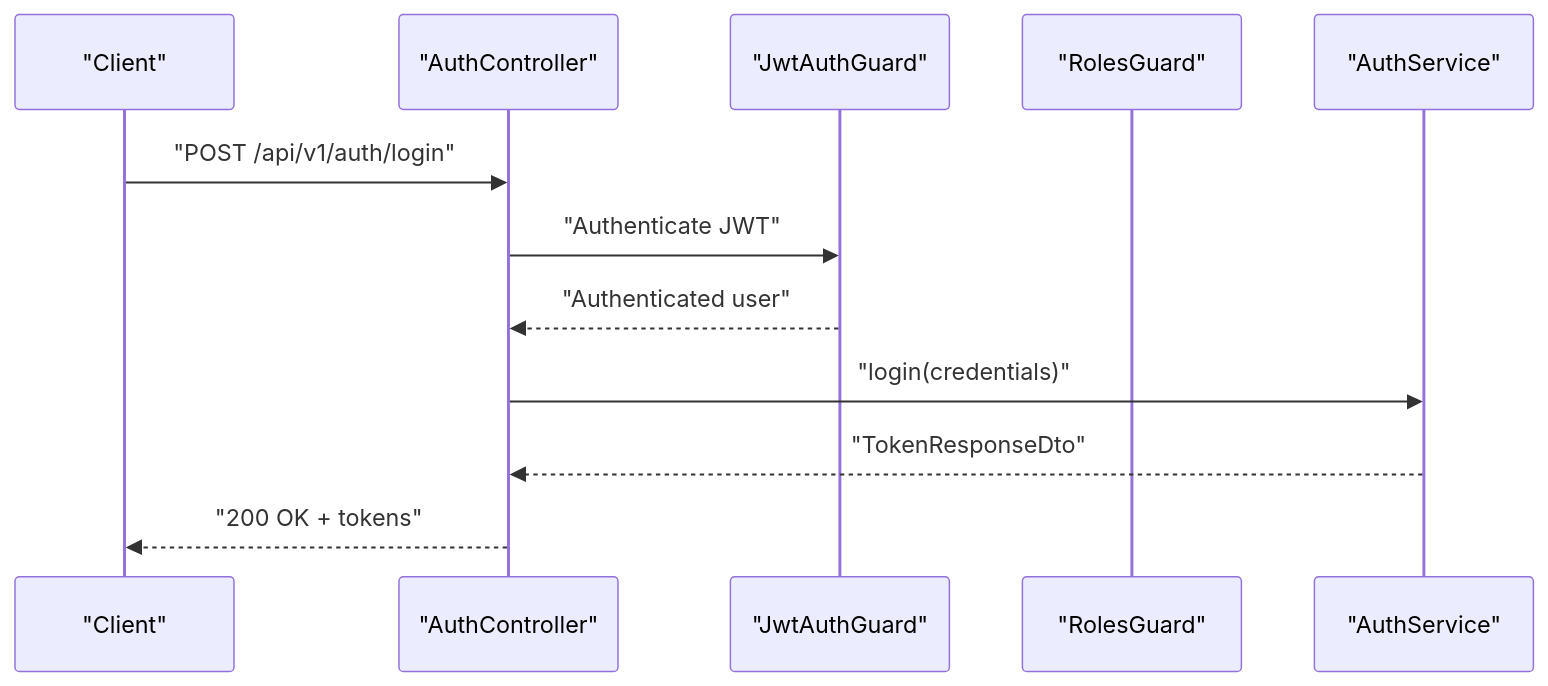
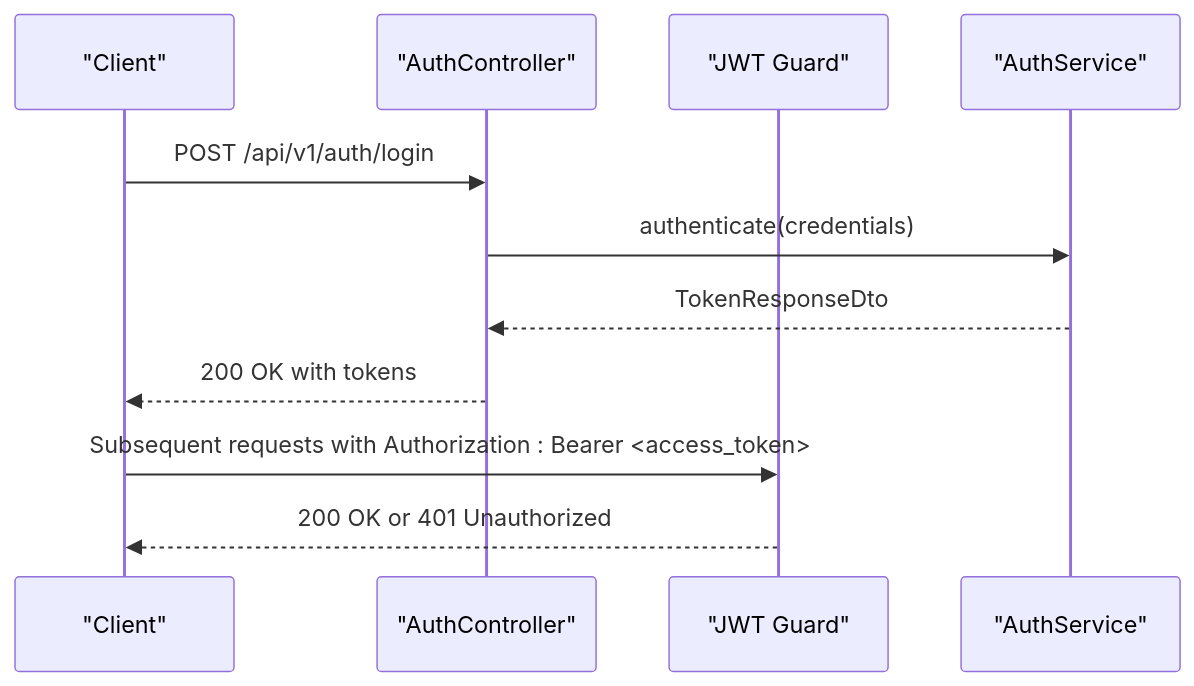
The second of 3 diagrams in .qoder/repowiki/en/content/API Reference/API Reference.md (BAS-More/Quiz2Biz), drawn with Mermaid before and after one commit. The commit also changed other lines of this file and 191 other files, not shown here.

````diff
--- a/.qoder/repowiki/en/content/API Reference/API Reference.md
+++ b/.qoder/repowiki/en/content/API Reference/API Reference.md
@@ -122,14 +86,13 @@
 ```mermaid
 sequenceDiagram
-participant C as "Client"
-participant AC as "AuthController"
-participant AG as "JwtAuthGuard"
-participant RG as "RolesGuard"
-participant AS as "AuthService"
-C->>AC : "POST /api/v1/auth/login"
-AC->>AG : "Authenticate JWT"
-AG-->>AC : "Authenticated user"
-AC->>AS : "login(credentials)"
-AS-->>AC : "TokenResponseDto"
-AC-->>C : "200 OK + tokens"
+participant Client as "Client"
+participant Auth as "AuthController"
+participant JWT as "JWT Guard"
+participant Service as "AuthService"
+Client->>Auth : POST /api/v1/auth/login
+Auth->>Service : authenticate(credentials)
+Service-->>Auth : TokenResponseDto
+Auth-->>Client : 200 OK with tokens
+Client->>JWT : Subsequent requests with Authorization : Bearer <access_token>
+JWT-->>Client : 200 OK or 401 Unauthorized
 ```
````
